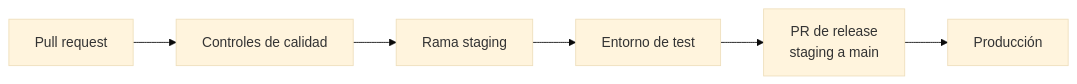
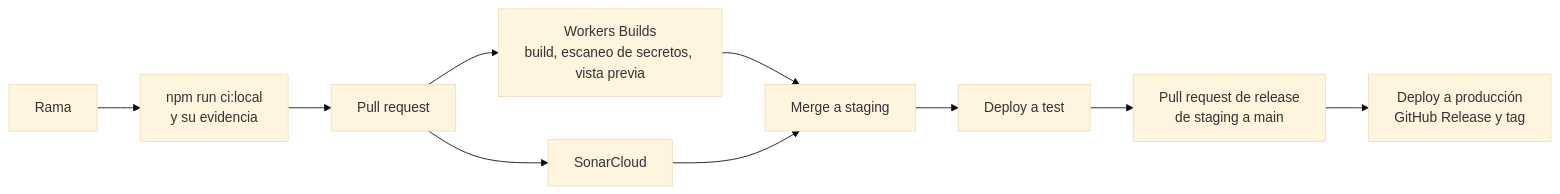
Before and after one commit to Gelpy/gelpy: the third of 3 diagrams in i18n/es/docusaurus-plugin-content-docs/current/architecture/overview.md, drawn with Mermaid (base theme). The commit also changed other lines of this file and 37 other files, not shown here.

````diff
--- a/i18n/es/docusaurus-plugin-content-docs/current/architecture/overview.md
+++ b/i18n/es/docusaurus-plugin-content-docs/current/architecture/overview.md
@@ -81,8 +119,12 @@
 ```mermaid
 flowchart LR
-  pr[Pull request] --> checks[Controles de calidad]
-  checks --> staging[Rama staging]
-  staging --> test[Entorno de test]
-  test --> promote[PR de release<br/>staging a main]
-  promote --> prod[Producción]
+  branch[Rama] --> gate[npm run ci:local<br/>y su evidencia]
+  gate --> pr[Pull request]
+  pr --> build[Workers Builds<br/>build, escaneo de secretos, vista previa]
+  pr --> sonar[SonarCloud]
+  build --> staging[Merge a staging]
+  sonar --> staging
+  staging --> test[Deploy a test]
+  test --> release[Pull request de release<br/>de staging a main]
+  release --> prod[Deploy a producción<br/>GitHub Release y tag]
 ```
````
